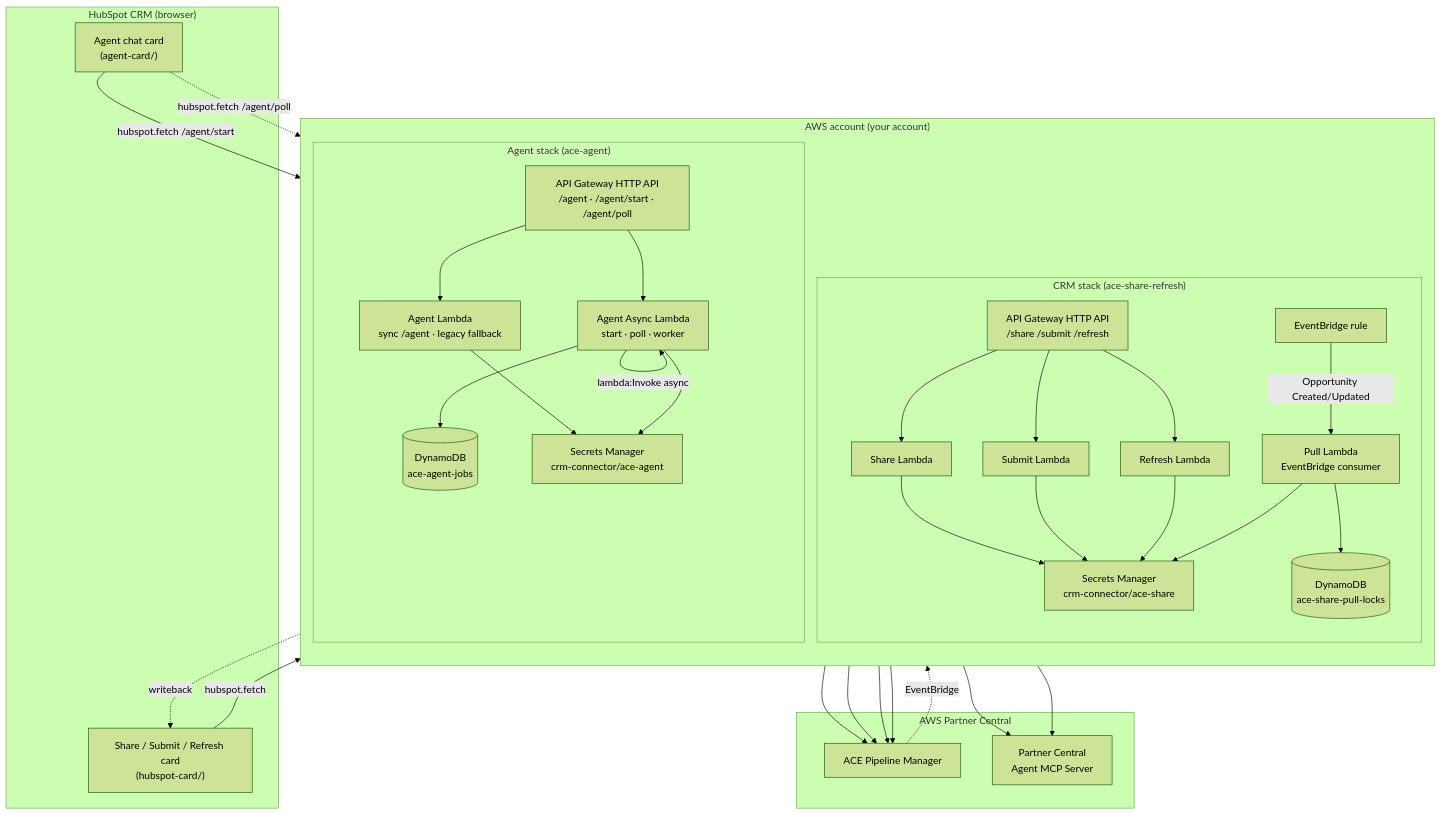
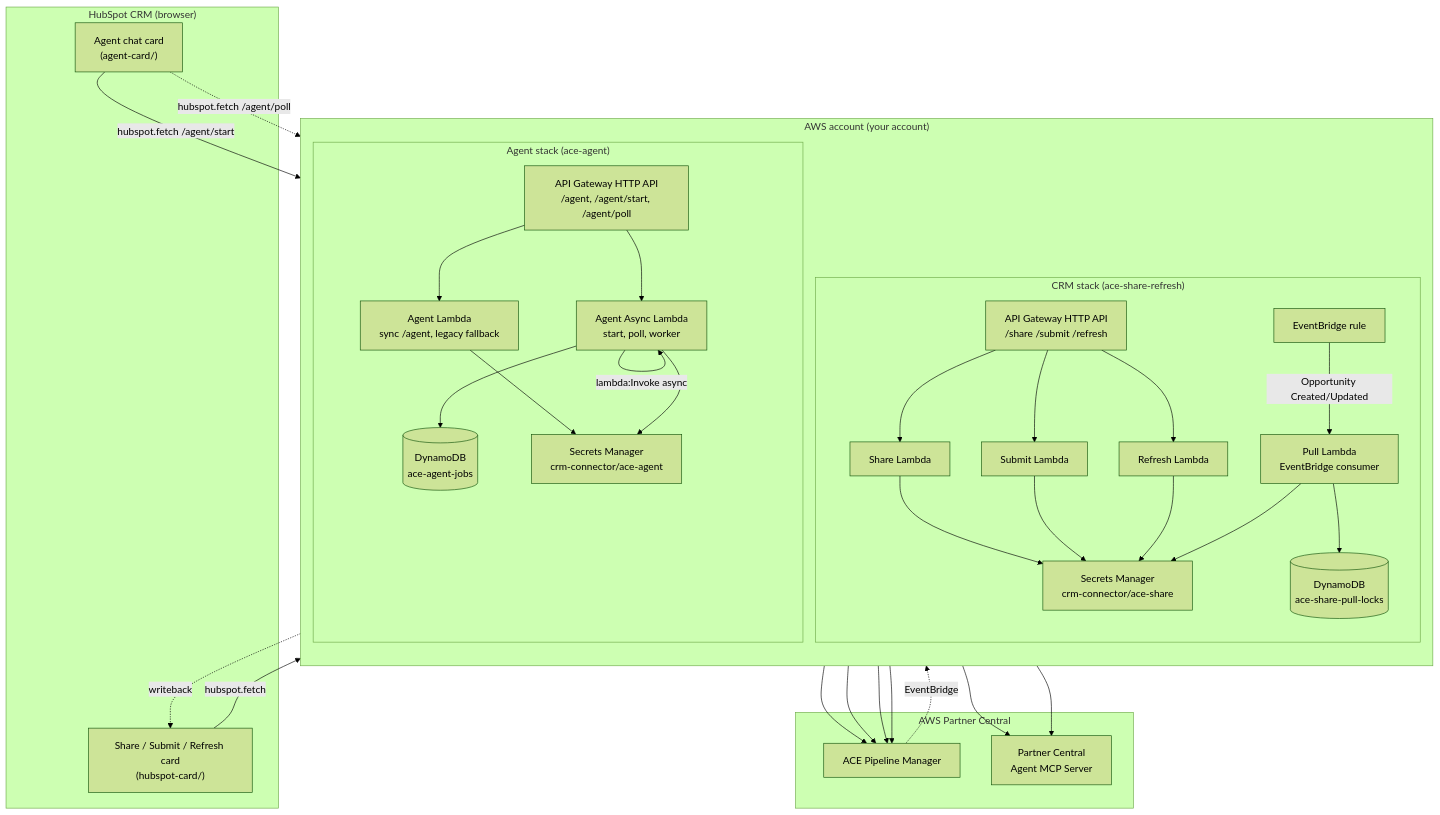
One commit to aws-samples/sample-partner-agents changed the diagram in CRM_Connections/hubspot/docs/architecture.md. Above: the diagram before and after it, drawn with Mermaid (forest theme). The commit also changed other lines of this file and 28 other files, not shown here.

````diff
--- a/CRM_Connections/hubspot/docs/architecture.md
+++ b/CRM_Connections/hubspot/docs/architecture.md
@@ -7,63 +9,63 @@
 ```mermaid
 graph TB
     subgraph "HubSpot CRM (browser)"
       ShareCard["Share / Submit / Refresh card<br/>(hubspot-card/)"]
       AgentCard["Agent chat card<br/>(agent-card/)"]
     end
 
     subgraph "AWS account (your account)"
       direction TB
 
       subgraph "CRM stack (ace-share-refresh)"
         ShareApiGw[API Gateway HTTP API<br/>/share /submit /refresh]
         ShareLambda[Share Lambda]
         SubmitLambda[Submit Lambda]
         RefreshLambda[Refresh Lambda]
         PullLambda[Pull Lambda<br/>EventBridge consumer]
         ShareSecret[Secrets Manager<br/>crm-connector/ace-share]
         PullLockTable[(DynamoDB<br/>ace-share-pull-locks)]
         EventRule[EventBridge rule]
       end
 
       subgraph "Agent stack (ace-agent)"
-        AgentApiGw[API Gateway HTTP API<br/>/agent · /agent/start · /agent/poll]
-        AgentLambda[Agent Lambda<br/>sync /agent · legacy fallback]
-        AgentAsyncLambda[Agent Async Lambda<br/>start · poll · worker]
+        AgentApiGw[API Gateway HTTP API<br/>/agent, /agent/start, /agent/poll]
+        AgentLambda[Agent Lambda<br/>sync /agent, legacy fallback]
+        AgentAsyncLambda[Agent Async Lambda<br/>start, poll, worker]
         AgentSecret[Secrets Manager<br/>crm-connector/ace-agent]
         AgentJobTable[(DynamoDB<br/>ace-agent-jobs)]
       end
     end
 
     subgraph "AWS Partner Central"
       ACE[ACE Pipeline Manager]
       MCP[Partner Central<br/>Agent MCP Server]
     end
 
     ShareCard -->|hubspot.fetch| ShareApiGw
     ShareApiGw --> ShareLambda
     ShareApiGw --> SubmitLambda
     ShareApiGw --> RefreshLambda
     ShareLambda --> ACE
     SubmitLambda --> ACE
     RefreshLambda --> ACE
     PullLambda --> ACE
     EventRule -->|Opportunity Created/Updated| PullLambda
     ACE -.->|EventBridge| EventRule
     PullLambda -.->|writeback| ShareCard
     ShareLambda --> ShareSecret
     SubmitLambda --> ShareSecret
     RefreshLambda --> ShareSecret
     PullLambda --> ShareSecret
     PullLambda --> PullLockTable
 
     AgentCard -->|hubspot.fetch /agent/start| AgentApiGw
     AgentCard -.->|hubspot.fetch /agent/poll| AgentApiGw
     AgentApiGw --> AgentLambda
     AgentApiGw --> AgentAsyncLambda
     AgentAsyncLambda -->|lambda:Invoke async| AgentAsyncLambda
     AgentAsyncLambda --> AgentJobTable
     AgentAsyncLambda --> MCP
     AgentLambda --> MCP
     AgentLambda --> AgentSecret
     AgentAsyncLambda --> AgentSecret
 ```
````
